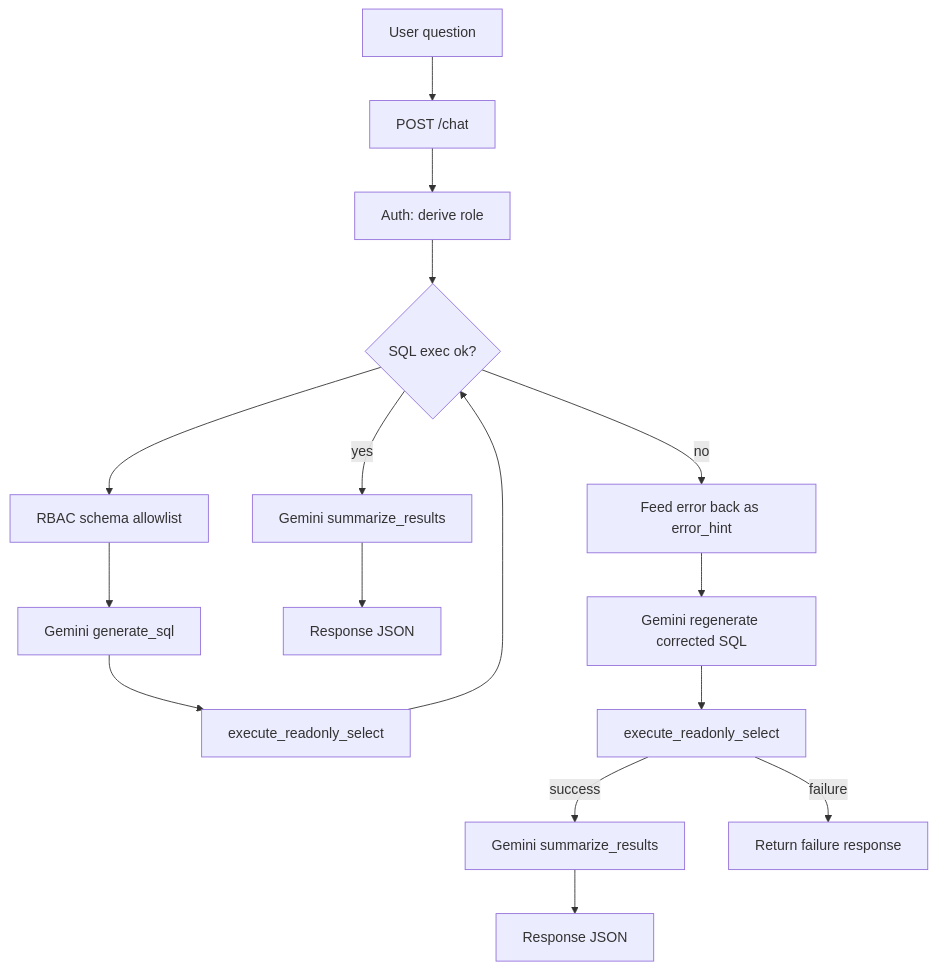
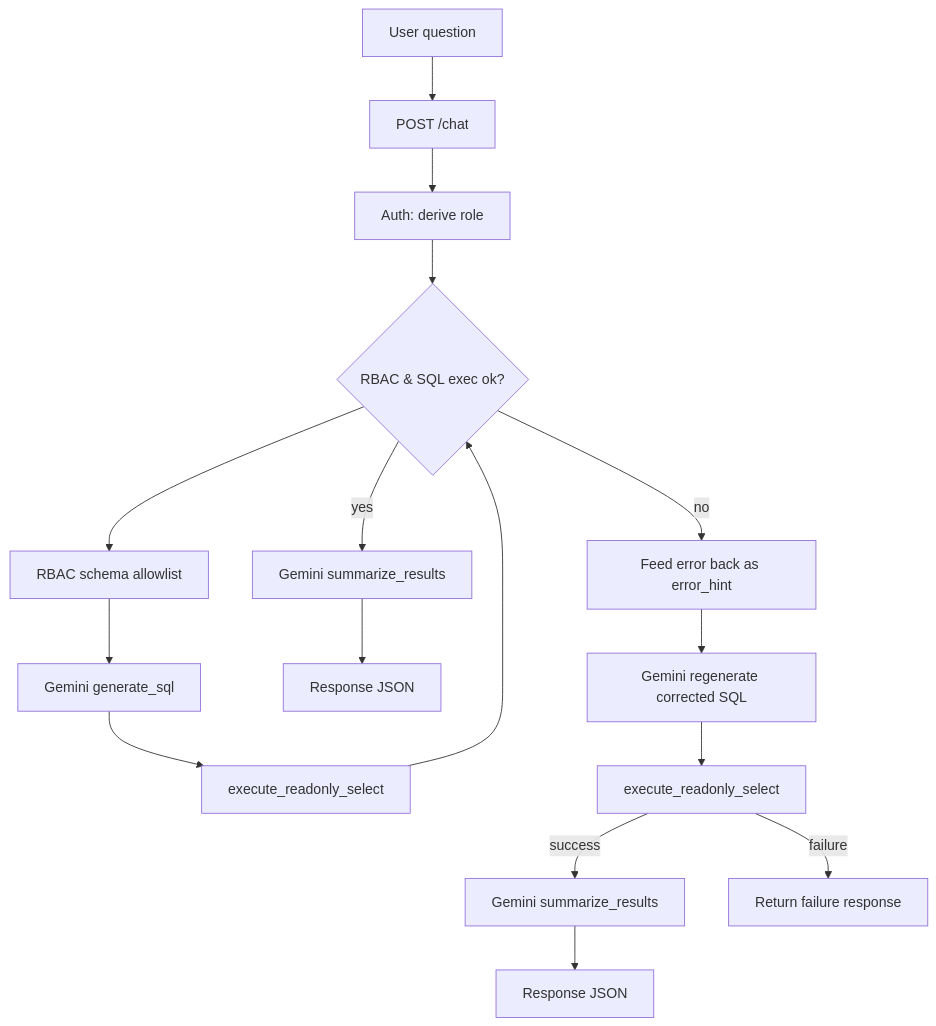
The diagram in README.md (gulkhan92/text2sql-conversational-postgres), drawn with Mermaid before and after one commit.

Commit message:
Updated prompt

````diff
--- a/README.md
+++ b/README.md
@@ -60,27 +60,28 @@
 ```mermaid
 flowchart TD
   U[User question] --> A[POST /chat]
 
   A --> R0[Auth: derive role]
   R0 --> S[SchemaCache / schema introspection]
   S --> R1[RBAC schema allowlist]
   R1 --> G0[Gemini generate_sql]
 
 
   G0 --> Q[execute_readonly_select]
-  Q --> S{SQL exec ok?}
+  Q --> S{RBAC & SQL exec ok?}
   S -->|yes| R[Gemini summarize_results]
+
   R --> Resp[Response JSON]
 
   S -->|no| E[Feed error back as error_hint]
 
   E --> G1[Gemini regenerate corrected SQL]
   G1 --> Q2[execute_readonly_select]
 
 
   Q2 -->|success| R2[Gemini summarize_results]
   R2 --> Resp2[Response JSON]
 
   Q2 -->|failure| F[Return failure response]
 
 ```
````
